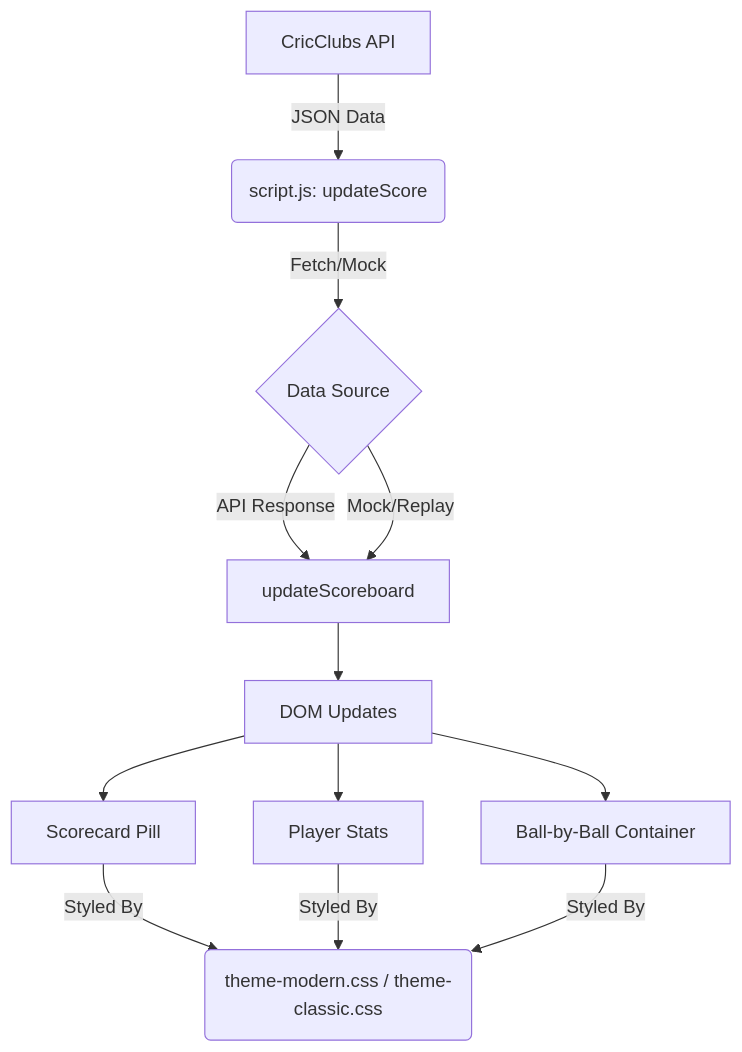
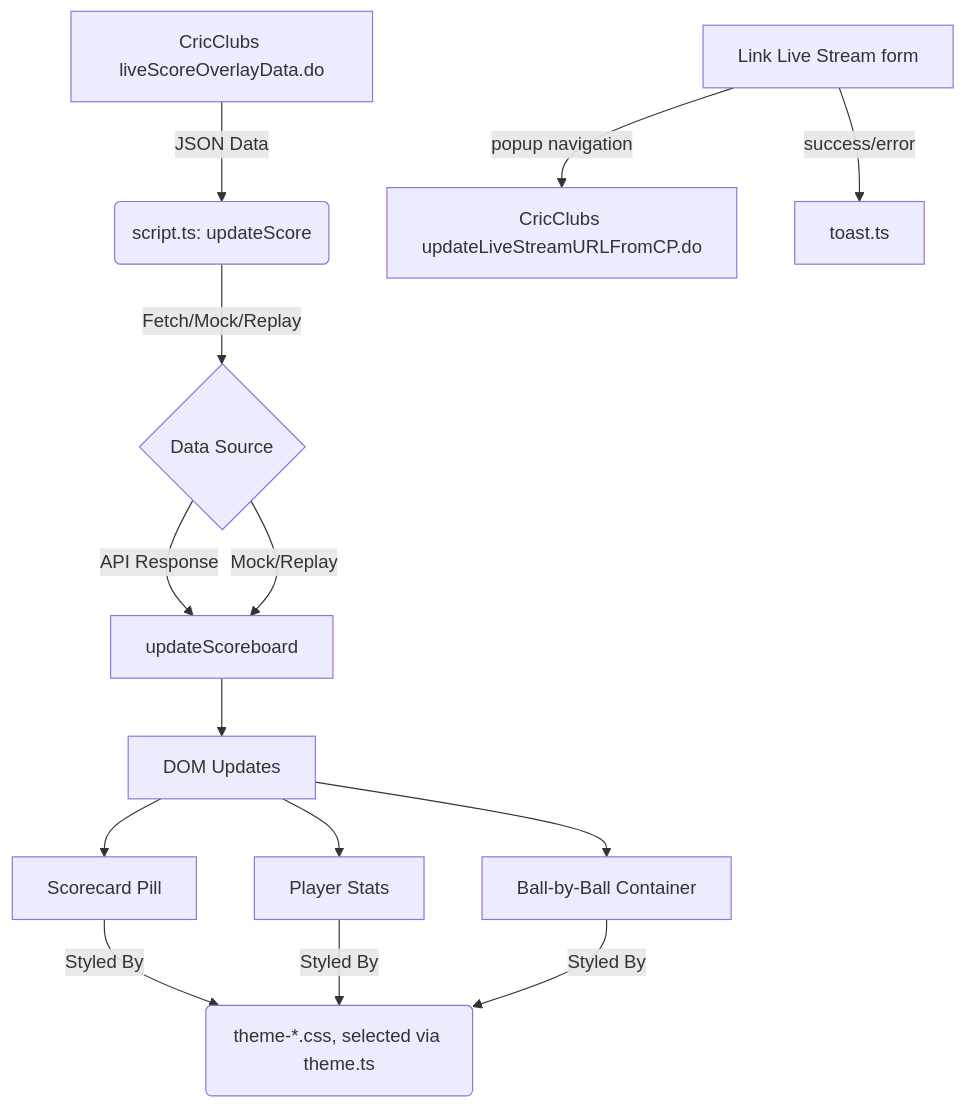
Before and after one commit to abhinav91690/cricket-scorecard-overlay: the diagram in architecture.md, drawn with Mermaid. The commit also changed other lines of this file and 1 other file, not shown here.

First line of the commit message:
docs: bring README and architecture.md up to date

````diff
--- a/architecture.md
+++ b/architecture.md
@@ -41,12 +61,15 @@
 ```mermaid
 graph TD
-    A[CricClubs API] -->|JSON Data| B(script.js: updateScore)
-    B -->|Fetch/Mock| C{Data Source}
+    A[CricClubs liveScoreOverlayData.do] -->|JSON Data| B(script.ts: updateScore)
+    B -->|Fetch/Mock/Replay| C{Data Source}
     C -->|API Response| D[updateScoreboard]
     C -->|Mock/Replay| D
     D --> E[DOM Updates]
     E --> F[Scorecard Pill]
     E --> G[Player Stats]
     E --> H[Ball-by-Ball Container]
-    F & G & H -->|Styled By| I(theme-modern.css / theme-classic.css)
+    F & G & H -->|Styled By| I(theme-*.css, selected via theme.ts)
+
+    J[Link Live Stream form] -->|popup navigation| K[CricClubs updateLiveStreamURLFromCP.do]
+    J -->|success/error| L[toast.ts]
 ```
````
